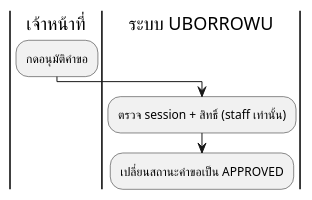
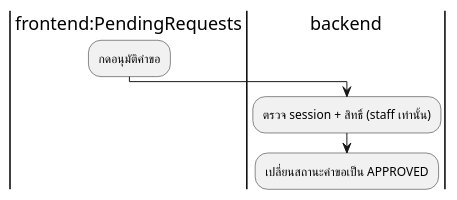
Before and after one commit to patlnwza-007/project-2569: the third of 6 diagrams in generator/guide/activity_diagram_generate_guide.md, drawn with PlantUML. The commit also changed other lines of this file and 46 other files, not shown here.

First line of the commit message:
Rework UI state/activity diagrams onto frontend:PageCode/backend convention

````diff
--- a/generator/guide/activity_diagram_generate_guide.md
+++ b/generator/guide/activity_diagram_generate_guide.md
@@ -68,8 +81,8 @@
 ```plantuml
-|เจ้าหน้าที่|
+|frontend:PendingRequests|
 :กดอนุมัติคำขอ;
 
-|ระบบ UBORROWU|
+|backend|
 :ตรวจ session + สิทธิ์ (staff เท่านั้น);
 :เปลี่ยนสถานะคำขอเป็น APPROVED;
 ```
````
